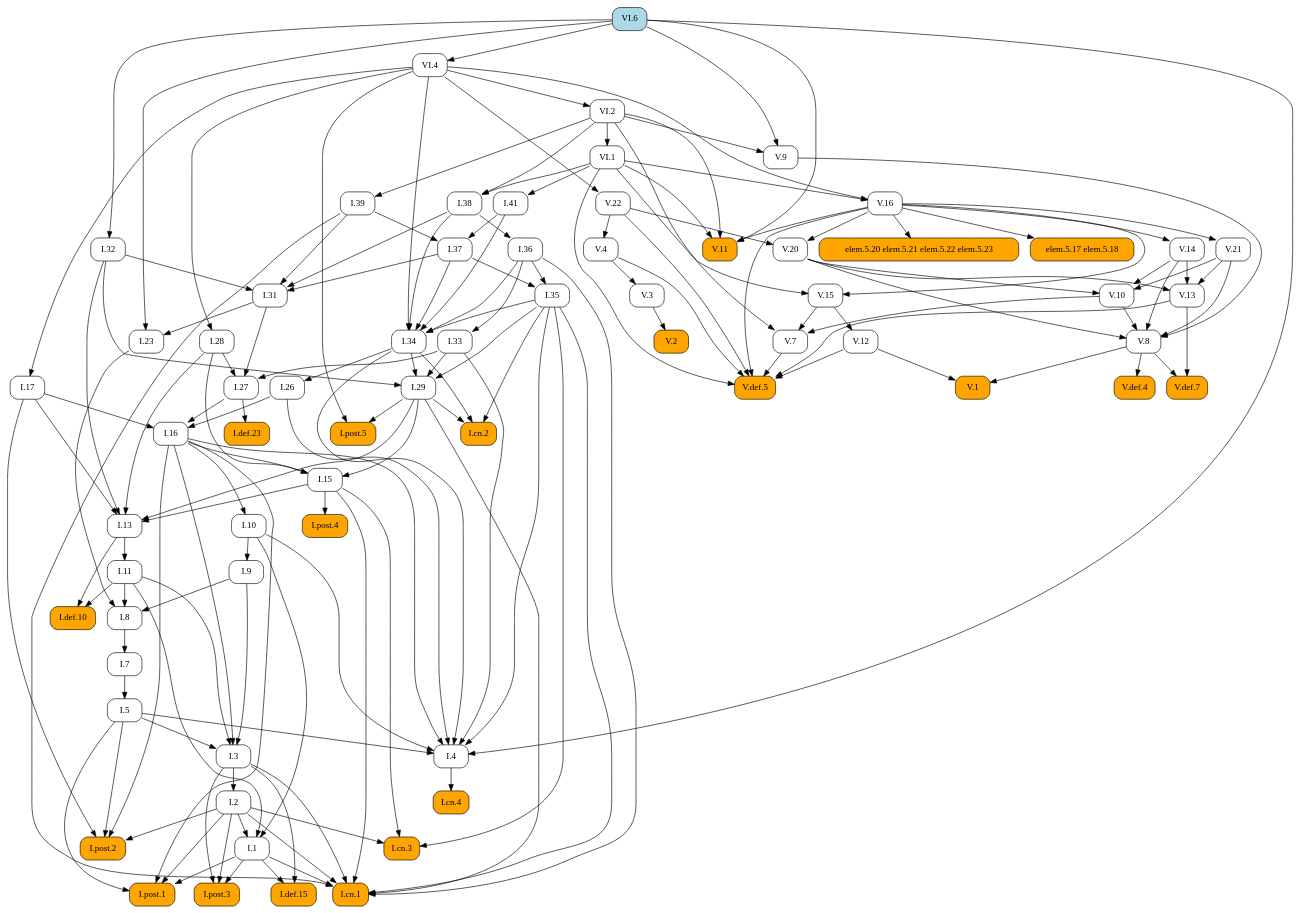
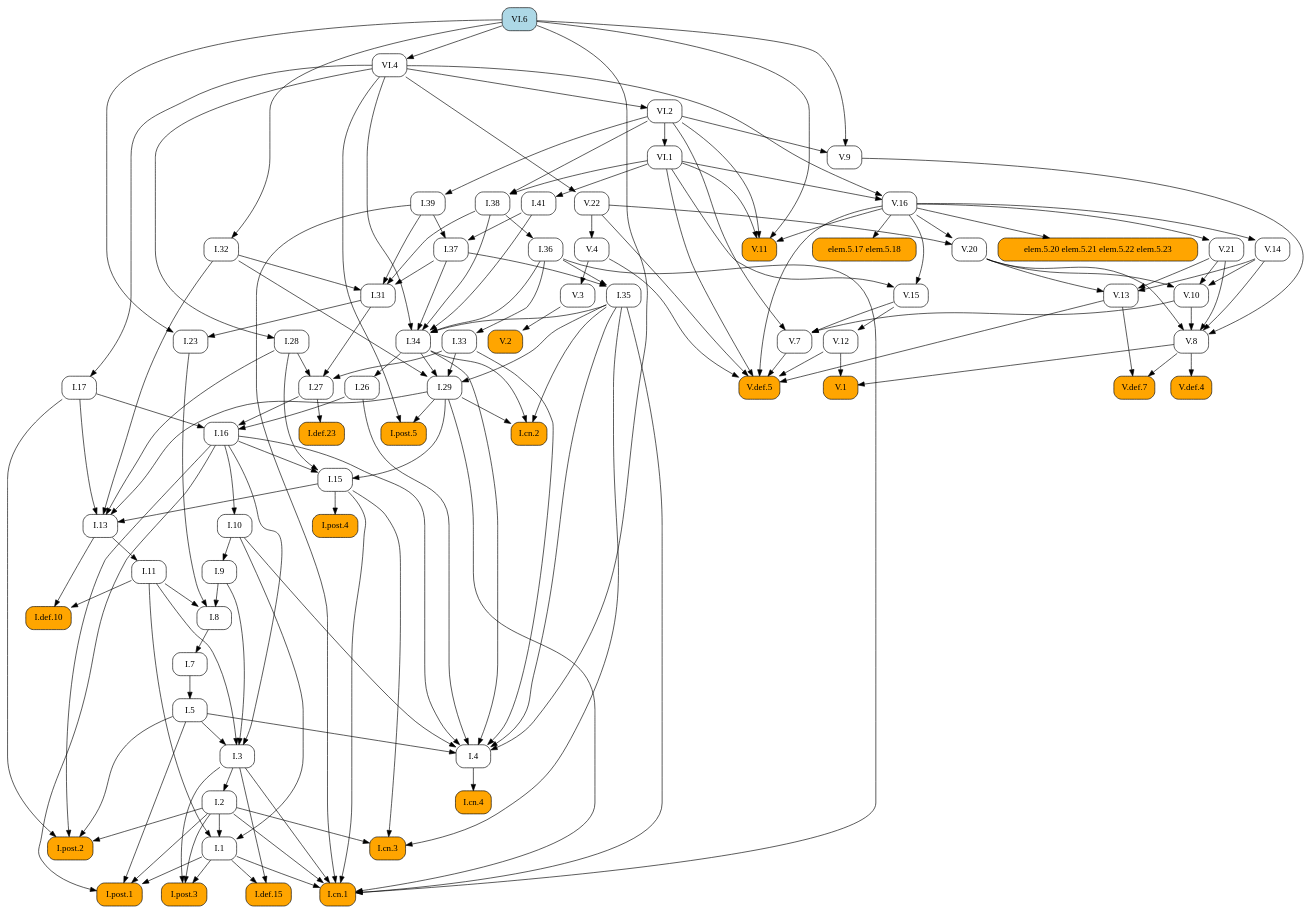
One commit to geometor/elements changed the diagram in docsrc/heath/VI/6/index.rst. Above: the diagram before and after it, drawn with Graphviz. The commit also changed other lines of this file and 484 other files, not shown here.

```diff
--- a/docsrc/heath/VI/6/index.rst
+++ b/docsrc/heath/VI/6/index.rst
@@ -79,81 +79,171 @@
    digraph {
      rankdir="TB";
      node [shape=box, style=rounded];
+     "I.23" [URL="/heath/I/23/", target="_top"];
+     "I.9" [URL="/heath/I/9/", target="_top"];
+     "I.def.15" [style="rounded,filled", fillcolor=orange, URL="/heath/I/def.15/", target="_top"];
+     "V.13" [URL="/heath/V/13/", target="_top"];
+     "V.7" [URL="/heath/V/7/", target="_top"];
+     "elem.5.17 elem.5.18" [style="rounded,filled", fillcolor=orange];
+     "I.post.1" [style="rounded,filled", fillcolor=orange, URL="/heath/I/post.1/", target="_top"];
+     "V.14" [URL="/heath/V/14/", target="_top"];
+     "V.9" [URL="/heath/V/9/", target="_top"];
+     "I.31" [URL="/heath/I/31/", target="_top"];
      "I.def.10" [style="rounded,filled", fillcolor=orange, URL="/heath/I/def.10/", target="_top"];
+     "V.10" [URL="/heath/V/10/", target="_top"];
+     "V.4" [URL="/heath/V/4/", target="_top"];
+     "VI.1" [URL="/heath/VI/1/", target="_top"];
+     "I.39" [URL="/heath/I/39/", target="_top"];
+     "V.11" [style="rounded,filled", fillcolor=orange, URL="/heath/V/11/", target="_top"];
+     "I.34" [URL="/heath/I/34/", target="_top"];
+     "I.3" [URL="/heath/I/3/", target="_top"];
+     "V.def.4" [style="rounded,filled", fillcolor=orange, URL="/heath/V/def.4/", target="_top"];
+     "V.def.7" [style="rounded,filled", fillcolor=orange, URL="/heath/V/def.7/", target="_top"];
+     "V.21" [URL="/heath/V/21/", target="_top"];
+     "I.2" [URL="/heath/I/2/", target="_top"];
+     "V.3" [URL="/heath/V/3/", target="_top"];
+     "I.13" [URL="/heath/I/13/", target="_top"];
+     "I.post.4" [style="rounded,filled", fillcolor=orange, URL="/heath/I/post.4/", target="_top"];
+     "I.4" [URL="/heath/I/4/", target="_top"];
+     "I.1" [URL="/heath/I/1/", target="_top"];
+     "I.17" [URL="/heath/I/17/", target="_top"];
+     "I.8" [URL="/heath/I/8/", target="_top"];
+     "I.29" [URL="/heath/I/29/", target="_top"];
+     "V.8" [URL="/heath/V/8/", target="_top"];
+     "I.38" [URL="/heath/I/38/", target="_top"];
+     "I.15" [URL="/heath/I/15/", target="_top"];
+     "I.10" [URL="/heath/I/10/", target="_top"];
      "I.11" [URL="/heath/I/11/", target="_top"];
-     "I.post.4" [style="rounded,filled", fillcolor=orange, URL="/heath/I/post.4/", target="_top"];
+     "I.def.23" [style="rounded,filled", fillcolor=orange, URL="/heath/I/def.23/", target="_top"];
+     "VI.4" [URL="/heath/VI/4/", target="_top"];
+     "I.26" [URL="/heath/I/26/", target="_top"];
+     "V.16" [URL="/heath/V/16/", target="_top"];
+     "I.33" [URL="/heath/I/33/", target="_top"];
+     "I.32" [URL="/heath/I/32/", target="_top"];
+     "I.post.3" [style="rounded,filled", fillcolor=orange, URL="/heath/I/post.3/", target="_top"];
+     "V.def.5" [style="rounded,filled", fillcolor=orange, URL="/heath/V/def.5/", target="_top"];
+     "I.27" [URL="/heath/I/27/", target="_top"];
+     "V.20" [URL="/heath/V/20/", target="_top"];
+     "V.12" [URL="/heath/V/12/", target="_top"];
+     "V.2" [style="rounded,filled", fillcolor=orange, URL="/heath/V/2/", target="_top"];
+     "I.cn.1" [style="rounded,filled", fillcolor=orange, URL="/heath/I/cn.1/", target="_top"];
+     "I.35" [URL="/heath/I/35/", target="_top"];
+     "VI.6" [style="rounded,filled", fillcolor=lightblue, URL="/heath/VI/6/", target="_top"];
+     "I.7" [URL="/heath/I/7/", target="_top"];
+     "I.36" [URL="/heath/I/36/", target="_top"];
+     "I.5" [URL="/heath/I/5/", target="_top"];
+     "I.37" [URL="/heath/I/37/", target="_top"];
+     "I.cn.3" [style="rounded,filled", fillcolor=orange, URL="/heath/I/cn.3/", target="_top"];
+     "I.16" [URL="/heath/I/16/", target="_top"];
+     "V.22" [URL="/heath/V/22/", target="_top"];
+     "V.1" [style="rounded,filled", fillcolor=orange, URL="/heath/V/1/", target="_top"];
+     "I.cn.2" [style="rounded,filled", fillcolor=orange, URL="/heath/I/cn.2/", target="_top"];
+     "I.post.5" [style="rounded,filled", fillcolor=orange, URL="/heath/I/post.5/", target="_top"];
      "I.28" [URL="/heath/I/28/", target="_top"];
-     "I.1" [URL="/heath/I/1/", target="_top"];
-     "V.def.5" [style="rounded,filled", fillcolor=orange, URL="/heath/V/def.5/", target="_top"];
-     "V.13" [URL="/heath/V/13/", target="_top"];
-     "V.11" [style="rounded,filled", fillcolor=orange, URL="/heath/V/11/", target="_top"];
-     "VI.6" [style="rounded,filled", fillcolor=lightblue, URL="/heath/VI/6/", target="_top"];
-     "I.post.3" [style="rounded,filled", fillcolor=orange, URL="/heath/I/post.3/", target="_top"];
-     "VI.1" [URL="/heath/VI/1/", target="_top"];
-     "I.cn.3" [style="rounded,filled", fillcolor=orange, URL="/heath/I/cn.3/", target="_top"];
-     "V.16" [URL="/heath/V/16/", target="_top"];
-     "VI.4" [URL="/heath/VI/4/", target="_top"];
-     "V.3" [URL="/heath/V/3/", target="_top"];
-     "V.8" [URL="/heath/V/8/", target="_top"];
-     "I.27" [URL="/heath/I/27/", target="_top"];
-     "I.36" [URL="/heath/I/36/", target="_top"];
+     "I.cn.4" [style="rounded,filled", fillcolor=orange, URL="/heath/I/cn.4/", target="_top"];
+     "VI.2" [URL="/heath/VI/2/", target="_top"];
+     "I.post.2" [style="rounded,filled", fillcolor=orange, URL="/heath/I/post.2/", target="_top"];
+     "V.15" [URL="/heath/V/15/", target="_top"];
      "I.41" [URL="/heath/I/41/", target="_top"];
-     "I.37" [URL="/heath/I/37/", target="_top"];
-     "I.34" [URL="/heath/I/34/", target="_top"];
-     "I.2" [URL="/heath/I/2/", target="_top"];
-     "I.def.23" [style="rounded,filled", fillcolor=orange, URL="/heath/I/def.23/", target="_top"];
-     "I.17" [URL="/heath/I/17/", target="_top"];
-     "I.33" [URL="/heath/I/33/", target="_top"];
-     "I.post.2" [style="rounded,filled", fillcolor=orange, URL="/heath/I/post.2/", target="_top"];
      "elem.5.20 elem.5.21 elem.5.22 elem.5.23" [style="rounded,filled", fillcolor=orange];
-     "I.9" [URL="/heath/I/9/", target="_top"];
-     "I.32" [URL="/heath/I/32/", target="_top"];
-     "I.cn.4" [style="rounded,filled", fillcolor=orange, URL="/heath/I/cn.4/", target="_top"];
-     "V.def.4" [style="rounded,filled", fillcolor=orange, URL="/heath/V/def.4/", target="_top"];
-     "I.15" [URL="/heath/I/15/", target="_top"];
-     "I.38" [URL="/heath/I/38/", target="_top"];
-     "V.def.7" [style="rounded,filled", fillcolor=orange, URL="/heath/V/def.7/", target="_top"];
-     "I.5" [URL="/heath/I/5/", target="_top"];
-     "V.21" [URL="/heath/V/21/", target="_top"];
-     "I.39" [URL="/heath/I/39/", target="_top"];
-     "I.26" [URL="/heath/I/26/", target="_top"];
-     "V.14" [URL="/heath/V/14/", target="_top"];
-     "I.29" [URL="/heath/I/29/", target="_top"];
-     "V.22" [URL="/heath/V/22/", target="_top"];
-     "V.12" [URL="/heath/V/12/", target="_top"];
-     "I.cn.2" [style="rounded,filled", fillcolor=orange, URL="/heath/I/cn.2/", target="_top"];
-     "V.20" [URL="/heath/V/20/", target="_top"];
-     "V.10" [URL="/heath/V/10/", target="_top"];
-     "VI.2" [URL="/heath/VI/2/", target="_top"];
-     "I.def.15" [style="rounded,filled", fillcolor=orange, URL="/heath/I/def.15/", target="_top"];
-     "V.15" [URL="/heath/V/15/", target="_top"];
-     "I.cn.1" [style="rounded,filled", fillcolor=orange, URL="/heath/I/cn.1/", target="_top"];
-     "V.7" [URL="/heath/V/7/", target="_top"];
-     "V.9" [URL="/heath/V/9/", target="_top"];
-     "I.23" [URL="/heath/I/23/", target="_top"];
-     "I.post.1" [style="rounded,filled", fillcolor=orange, URL="/heath/I/post.1/", target="_top"];
-     "I.35" [URL="/heath/I/35/", target="_top"];
-     "I.7" [URL="/heath/I/7/", target="_top"];
-     "I.3" [URL="/heath/I/3/", target="_top"];
-     "I.4" [URL="/heath/I/4/", target="_top"];
-     "I.13" [URL="/heath/I/13/", target="_top"];
-     "V.4" [URL="/heath/V/4/", target="_top"];
-     "I.31" [URL="/heath/I/31/", target="_top"];
-     "V.1" [style="rounded,filled", fillcolor=orange, URL="/heath/V/1/", target="_top"];
-     "I.16" [URL="/heath/I/16/", target="_top"];
-     "elem.5.17 elem.5.18" [style="rounded,filled", fillcolor=orange];
-     "I.8" [URL="/heath/I/8/", target="_top"];
-     "V.2" [style="rounded,filled", fillcolor=orange, URL="/heath/V/2/", target="_top"];
-     "I.post.5" [style="rounded,filled", fillcolor=orange, URL="/heath/I/post.5/", target="_top"];
-     "I.10" [URL="/heath/I/10/", target="_top"];
+     "I.31" -> "I.23";
+     "VI.6" -> "I.23";
+     "I.10" -> "I.9";
+     "I.1" -> "I.def.15";
+     "I.3" -> "I.def.15";
+     "V.14" -> "V.13";
+     "V.20" -> "V.13";
+     "V.21" -> "V.13";
+     "V.10" -> "V.7";
+     "V.15" -> "V.7";
+     "VI.2" -> "V.7";
+     "V.16" -> "elem.5.17 elem.5.18";
+     "I.1" -> "I.post.1";
+     "I.2" -> "I.post.1";
+     "I.5" -> "I.post.1";
+     "I.16" -> "I.post.1";
+     "V.16" -> "V.14";
+     "VI.2" -> "V.9";
+     "VI.6" -> "V.9";
+     "I.32" -> "I.31";
+     "I.37" -> "I.31";
+     "I.38" -> "I.31";
+     "I.39" -> "I.31";
      "I.11" -> "I.def.10";
      "I.13" -> "I.def.10";
-     "I.13" -> "I.11";
+     "V.14" -> "V.10";
+     "V.20" -> "V.10";
+     "V.21" -> "V.10";
+     "V.22" -> "V.4";
+     "VI.2" -> "VI.1";
+     "VI.2" -> "I.39";
+     "V.16" -> "V.11";
+     "VI.1" -> "V.11";
+     "VI.2" -> "V.11";
+     "VI.6" -> "V.11";
+     "I.35" -> "I.34";
+     "I.36" -> "I.34";
+     "I.37" -> "I.34";
+     "I.38" -> "I.34";
+     "I.41" -> "I.34";
+     "VI.4" -> "I.34";
+     "I.5" -> "I.3";
+     "I.9" -> "I.3";
+     "I.11" -> "I.3";
+     "I.16" -> "I.3";
+     "V.8" -> "V.def.4";
+     "V.8" -> "V.def.7";
+     "V.13" -> "V.def.7";
+     "V.16" -> "V.21";
+     "I.3" -> "I.2";
+     "V.4" -> "V.3";
+     "I.15" -> "I.13";
+     "I.17" -> "I.13";
+     "I.28" -> "I.13";
+     "I.29" -> "I.13";
+     "I.32" -> "I.13";
      "I.15" -> "I.post.4";
-     "VI.4" -> "I.28";
+     "I.5" -> "I.4";
+     "I.10" -> "I.4";
+     "I.16" -> "I.4";
+     "I.26" -> "I.4";
+     "I.33" -> "I.4";
+     "I.34" -> "I.4";
+     "I.35" -> "I.4";
+     "VI.6" -> "I.4";
      "I.2" -> "I.1";
      "I.10" -> "I.1";
      "I.11" -> "I.1";
+     "VI.4" -> "I.17";
+     "I.9" -> "I.8";
+     "I.11" -> "I.8";
+     "I.23" -> "I.8";
+     "I.32" -> "I.29";
+     "I.33" -> "I.29";
+     "I.34" -> "I.29";
+     "I.35" -> "I.29";
+     "V.9" -> "V.8";
+     "V.10" -> "V.8";
+     "V.14" -> "V.8";
+     "V.20" -> "V.8";
+     "V.21" -> "V.8";
+     "VI.1" -> "I.38";
+     "VI.2" -> "I.38";
+     "I.16" -> "I.15";
+     "I.28" -> "I.15";
+     "I.29" -> "I.15";
+     "I.16" -> "I.10";
+     "I.13" -> "I.11";
+     "I.27" -> "I.def.23";
+     "VI.6" -> "VI.4";
+     "I.34" -> "I.26";
+     "VI.1" -> "V.16";
+     "VI.4" -> "V.16";
+     "I.36" -> "I.33";
+     "VI.6" -> "I.32";
+     "I.1" -> "I.post.3";
+     "I.2" -> "I.post.3";
+     "I.3" -> "I.post.3";
      "V.4" -> "V.def.5";
      "V.7" -> "V.def.5";
      "V.12" -> "V.def.5";
@@ -161,86 +251,13 @@
      "V.16" -> "V.def.5";
      "V.22" -> "V.def.5";
      "VI.1" -> "V.def.5";
-     "V.14" -> "V.13";
-     "V.20" -> "V.13";
-     "V.21" -> "V.13";
-     "V.16" -> "V.11";
-     "VI.1" -> "V.11";
-     "VI.2" -> "V.11";
-     "VI.6" -> "V.11";
-     "I.1" -> "I.post.3";
-     "I.2" -> "I.post.3";
-     "I.3" -> "I.post.3";
-     "VI.2" -> "VI.1";
-     "I.2" -> "I.cn.3";
-     "I.15" -> "I.cn.3";
-     "I.35" -> "I.cn.3";
-     "VI.1" -> "V.16";
-     "VI.4" -> "V.16";
-     "VI.6" -> "VI.4";
-     "V.4" -> "V.3";
-     "V.9" -> "V.8";
-     "V.10" -> "V.8";
-     "V.14" -> "V.8";
-     "V.20" -> "V.8";
-     "V.21" -> "V.8";
      "I.28" -> "I.27";
      "I.31" -> "I.27";
      "I.33" -> "I.27";
-     "I.38" -> "I.36";
-     "VI.1" -> "I.41";
-     "I.39" -> "I.37";
-     "I.41" -> "I.37";
-     "I.35" -> "I.34";
-     "I.36" -> "I.34";
-     "I.37" -> "I.34";
-     "I.38" -> "I.34";
-     "I.41" -> "I.34";
-     "VI.4" -> "I.34";
-     "I.3" -> "I.2";
-     "I.27" -> "I.def.23";
-     "VI.4" -> "I.17";
-     "I.36" -> "I.33";
-     "I.2" -> "I.post.2";
-     "I.5" -> "I.post.2";
-     "I.16" -> "I.post.2";
-     "I.17" -> "I.post.2";
-     "V.16" -> "elem.5.20 elem.5.21 elem.5.22 elem.5.23";
-     "I.10" -> "I.9";
-     "VI.6" -> "I.32";
-     "I.4" -> "I.cn.4";
-     "V.8" -> "V.def.4";
-     "I.16" -> "I.15";
-     "I.28" -> "I.15";
-     "I.29" -> "I.15";
-     "VI.1" -> "I.38";
-     "VI.2" -> "I.38";
-     "V.8" -> "V.def.7";
-     "V.13" -> "V.def.7";
-     "I.7" -> "I.5";
-     "V.16" -> "V.21";
-     "VI.2" -> "I.39";
-     "I.34" -> "I.26";
-     "V.16" -> "V.14";
-     "I.32" -> "I.29";
-     "I.33" -> "I.29";
-     "I.34" -> "I.29";
-     "I.35" -> "I.29";
-     "VI.4" -> "V.22";
-     "V.15" -> "V.12";
-     "I.29" -> "I.cn.2";
-     "I.34" -> "I.cn.2";
-     "I.35" -> "I.cn.2";
      "V.16" -> "V.20";
      "V.22" -> "V.20";
-     "V.14" -> "V.10";
-     "V.20" -> "V.10";
-     "V.21" -> "V.10";
-     "VI.4" -> "VI.2";
-     "I.1" -> "I.def.15";
-     "I.3" -> "I.def.15";
-     "V.16" -> "V.15";
-     "VI.1" -> "V.15";
+     "V.15" -> "V.12";
+     "V.3" -> "V.2";
      "I.1" -> "I.cn.1";
      "I.2" -> "I.cn.1";
      "I.3" -> "I.cn.1";
@@ -249,53 +266,36 @@
      "I.35" -> "I.cn.1";
      "I.36" -> "I.cn.1";
      "I.39" -> "I.cn.1";
-     "V.10" -> "V.7";
-     "V.15" -> "V.7";
-     "VI.2" -> "V.7";
-     "VI.2" -> "V.9";
-     "VI.6" -> "V.9";
-     "I.31" -> "I.23";
-     "VI.6" -> "I.23";
-     "I.1" -> "I.post.1";
-     "I.2" -> "I.post.1";
-     "I.5" -> "I.post.1";
-     "I.16" -> "I.post.1";
      "I.36" -> "I.35";
      "I.37" -> "I.35";
      "I.8" -> "I.7";
-     "I.5" -> "I.3";
-     "I.9" -> "I.3";
-     "I.11" -> "I.3";
-     "I.16" -> "I.3";
-     "I.5" -> "I.4";
-     "I.10" -> "I.4";
-     "I.16" -> "I.4";
-     "I.26" -> "I.4";
-     "I.33" -> "I.4";
-     "I.34" -> "I.4";
-     "I.35" -> "I.4";
-     "VI.6" -> "I.4";
-     "I.15" -> "I.13";
-     "I.17" -> "I.13";
-     "I.28" -> "I.13";
-     "I.29" -> "I.13";
-     "I.32" -> "I.13";
-     "V.22" -> "V.4";
-     "I.32" -> "I.31";
-     "I.37" -> "I.31";
-     "I.38" -> "I.31";
-     "I.39" -> "I.31";
-     "V.8" -> "V.1";
-     "V.12" -> "V.1";
+     "I.38" -> "I.36";
+     "I.7" -> "I.5";
+     "I.39" -> "I.37";
+     "I.41" -> "I.37";
+     "I.2" -> "I.cn.3";
+     "I.15" -> "I.cn.3";
+     "I.35" -> "I.cn.3";
      "I.17" -> "I.16";
      "I.26" -> "I.16";
      "I.27" -> "I.16";
-     "V.16" -> "elem.5.17 elem.5.18";
-     "I.9" -> "I.8";
-     "I.11" -> "I.8";
-     "I.23" -> "I.8";
-     "V.3" -> "V.2";
+     "VI.4" -> "V.22";
+     "V.8" -> "V.1";
+     "V.12" -> "V.1";
+     "I.29" -> "I.cn.2";
+     "I.34" -> "I.cn.2";
+     "I.35" -> "I.cn.2";
      "I.29" -> "I.post.5";
      "VI.4" -> "I.post.5";
-     "I.16" -> "I.10";
+     "VI.4" -> "I.28";
+     "I.4" -> "I.cn.4";
+     "VI.4" -> "VI.2";
+     "I.2" -> "I.post.2";
+     "I.5" -> "I.post.2";
+     "I.16" -> "I.post.2";
+     "I.17" -> "I.post.2";
+     "V.16" -> "V.15";
+     "VI.1" -> "V.15";
+     "VI.1" -> "I.41";
+     "V.16" -> "elem.5.20 elem.5.21 elem.5.22 elem.5.23";
    }
```
